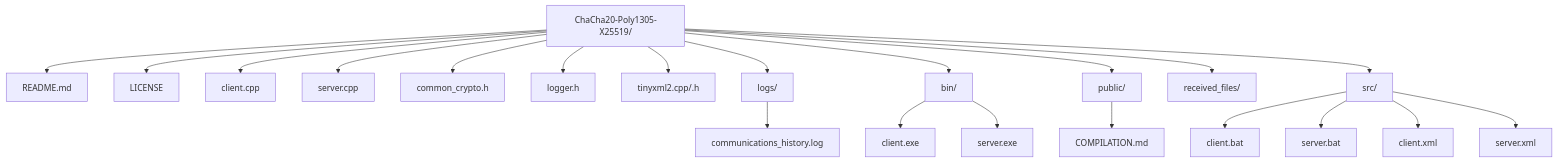
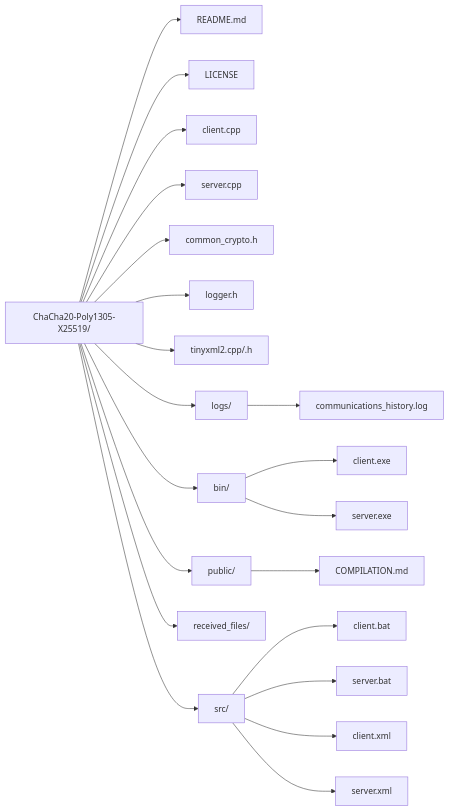
The diagram in README.md (marichu-kt/ChaCha20-Poly1305), drawn with Mermaid before and after one commit.

````diff
--- a/README.md
+++ b/README.md
@@ -39,28 +39,28 @@
 ```mermaid
-graph TD
+graph LR
     A[ChaCha20-Poly1305-X25519/] --> A1[README.md]
     A --> A2[LICENSE]
     A --> A3[client.cpp]
     A --> A4[server.cpp]
     A --> A5[common_crypto.h]
     A --> A6[logger.h]
     A --> A7[tinyxml2.cpp/.h]
 
     A --> B[logs/]
     B --> B1[communications_history.log]
 
     A --> C[bin/]
     C --> C1[client.exe]
     C --> C2[server.exe]
 
     A --> D[public/]
     D --> D1[COMPILATION.md]
 
     A --> E[received_files/]
 
     A --> F[src/]
     F --> F1[client.bat]
     F --> F2[server.bat]
     F --> F3[client.xml]
     F --> F4[server.xml]
 ```
````
